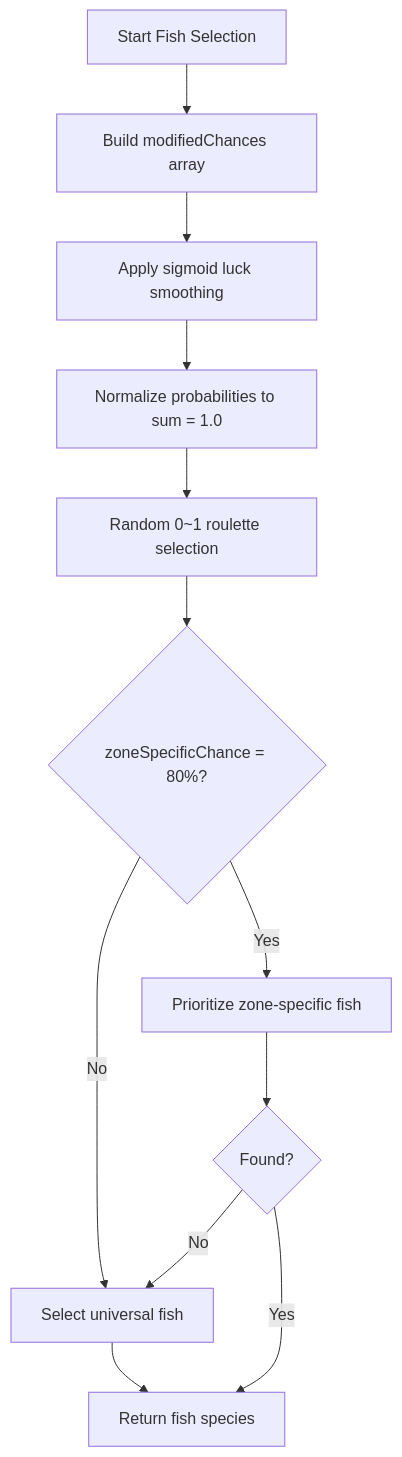
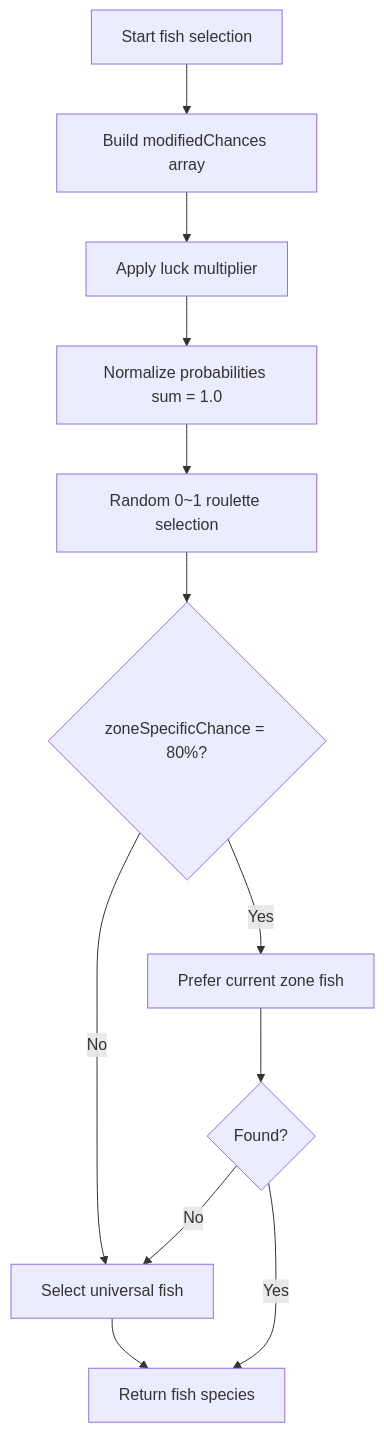
The seventh of 18 diagrams in docs/gamedata-en.md (SeaLoong/Fish-Udon-Raw-Ilcode), drawn with Mermaid before and after one commit. The commit also changed other lines of this file and 1 other file, not shown here.

````diff
--- a/docs/gamedata-en.md
+++ b/docs/gamedata-en.md
@@ -68,14 +180,14 @@
 ```mermaid
 flowchart TD
-    A[Start Fish Selection] --> B[Build modifiedChances array]
-    B --> C[Apply sigmoid luck smoothing]
-    C --> D[Normalize probabilities to sum = 1.0]
+    A[Start fish selection] --> B[Build modifiedChances array]
+    B --> C[Apply luck multiplier]
+    C --> D[Normalize probabilities sum = 1.0]
     D --> E[Random 0~1 roulette selection]
     E --> F{zoneSpecificChance = 80%?}
-    F -->|Yes| G[Prioritize zone-specific fish]
+    F -->|Yes| G[Prefer current zone fish]
     F -->|No| H[Select universal fish]
     G --> I{Found?}
     I -->|No| H
     H --> J[Return fish species]
     I -->|Yes| J
 ```
````
